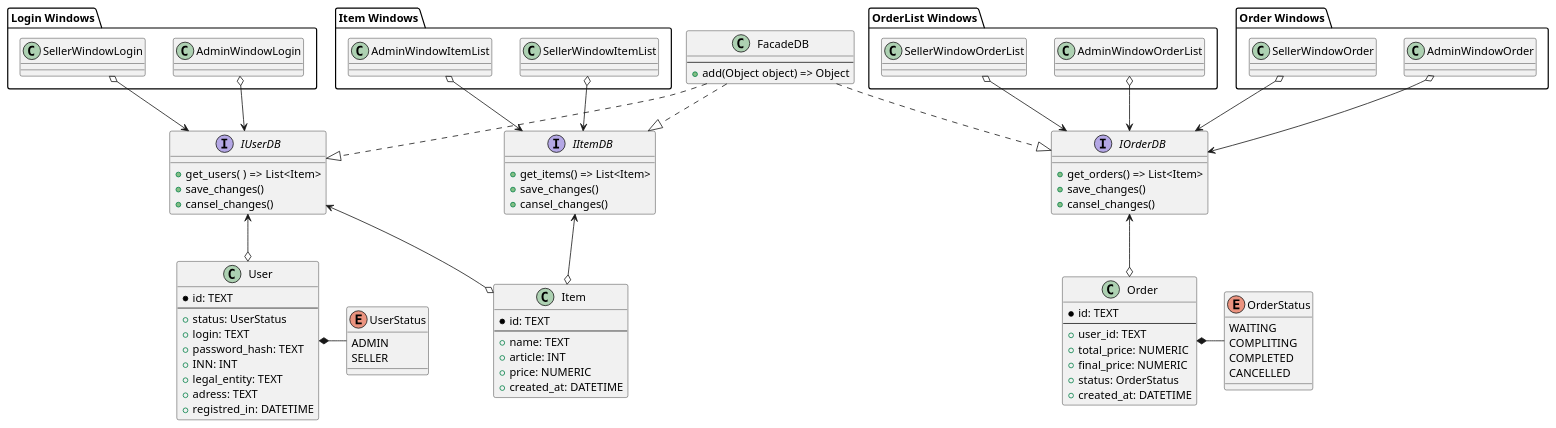
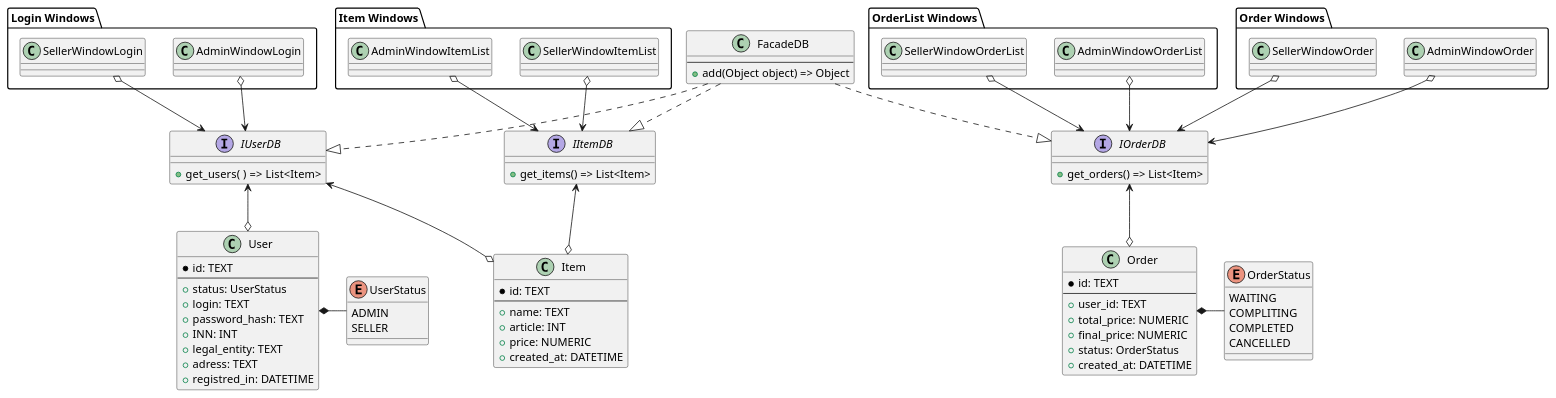
One commit to BombasticFantastik/PIS_Course_work changed the diagram in uml-диаграммы/Диаграмма классов/Диаграмма_классов_better.puml. Above: the diagram before and after it, drawn with PlantUML. The commit also changed 11 other files, not shown here.

```diff
--- a/uml-диаграммы/Диаграмма классов/Диаграмма_классов_better.puml
+++ b/uml-диаграммы/Диаграмма классов/Диаграмма_классов_better.puml
@@ -1,117 +1,112 @@
 @startuml Диаграмма классов
  
 class FacadeDB{
   --
   + add(Object object) => Object
 }
  
 interface IUserDB {
   + get_users(  ) => List<Item>
-  + save_сhanges()
-  + cansel_сhanges()
+
 }
  
 interface IItemDB {
   
   + get_items() => List<Item>
-  + save_сhanges()
-  + cansel_сhanges()
 }
  
 interface IOrderDB {
 
   + get_orders() => List<Item>
-  + save_сhanges()
-  + cansel_сhanges()
 
 }
  
 FacadeDB ..|> IUserDB
 FacadeDB ..|> IItemDB
 FacadeDB ..|> IOrderDB
  
 IUserDB <--o User
 
 IUserDB <--o Item
 IItemDB <--o Item
 IOrderDB <--o Order
  
 
 
 
 class User {
   * id: TEXT
   --
   + status: UserStatus
   + login: TEXT
   + password_hash: TEXT
   + INN: INT
   + legal_entity: TEXT
   + adress: TEXT
   + registred_in: DATETIME
 }
 
 enum UserStatus {
   ADMIN
   SELLER
 }
  
 User *- UserStatus
  
  
 
  
 class Item {
   * id: TEXT
   --
   + name: TEXT
   + article: INT
   + price: NUMERIC
   + created_at: DATETIME
 }
  
 class Order {
   * id: TEXT
   --
   + user_id: TEXT
   + total_price: NUMERIC
   + final_price: NUMERIC
   + status: OrderStatus
   + created_at: DATETIME
 }
  
 enum OrderStatus {
   WAITING
   COMPLITING
   COMPLETED
   CANCELLED
 }
  
 Order *- OrderStatus
  
 ' WINDOWS
  
 package "Item Windows" {
 SellerWindowItemList o--> IItemDB
 AdminWindowItemList o--> IItemDB
 }
 package "Order Windows" {
 AdminWindowOrder o--> IOrderDB
 SellerWindowOrder o--> IOrderDB
 }
 
 package "Login Windows" {
 AdminWindowLogin o--> IUserDB
 SellerWindowLogin o--> IUserDB
 }
 
 
 
 package "OrderList Windows" {
 AdminWindowOrderList o--> IOrderDB
 SellerWindowOrderList o--> IOrderDB
 }
 
 
  
 @enduml
```
